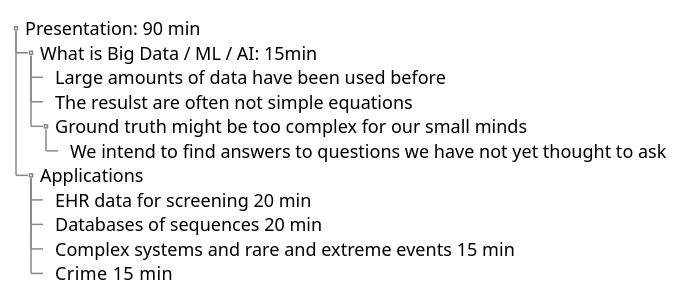
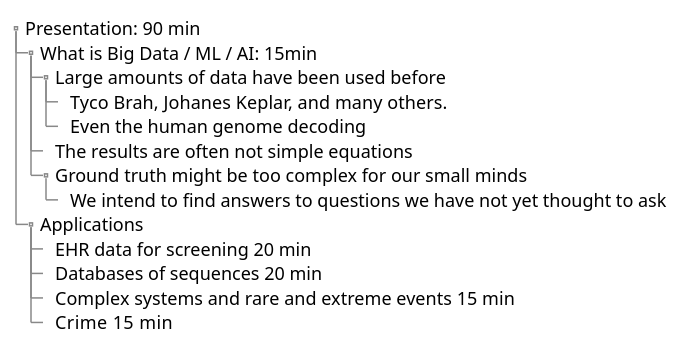
Before and after one commit to zeroknowledgediscovery/zedwiki: the diagram in presentations/BigData4SmallMinds.md, drawn with PlantUML.

Commit message:
Updated BigData4SmallMinds.md (markdown)

```diff
--- a/presentations/BigData4SmallMinds.md
+++ b/presentations/BigData4SmallMinds.md
@@ -1,18 +1,20 @@
 @startuml
 salt
 {
 {T
  + Presentation: 90 min
  ++ What is Big Data / ML / AI: 15min
  +++ Large amounts of data have been used before
- +++ The resulst are often not simple equations
+ ++++ Tyco Brah, Johanes Keplar, and many others.
+ ++++ Even the human genome decoding
+ +++ The results are often not simple equations
  +++ Ground truth might be too complex for our small minds
  ++++ We intend to find answers to questions we have not yet thought to ask
  ++ Applications
  +++ EHR data for screening 20 min
  +++ Databases of sequences 20 min
  +++ Complex systems and rare and extreme events 15 min
  +++ Crime  15 min
  }
 }
 @enduml
```
